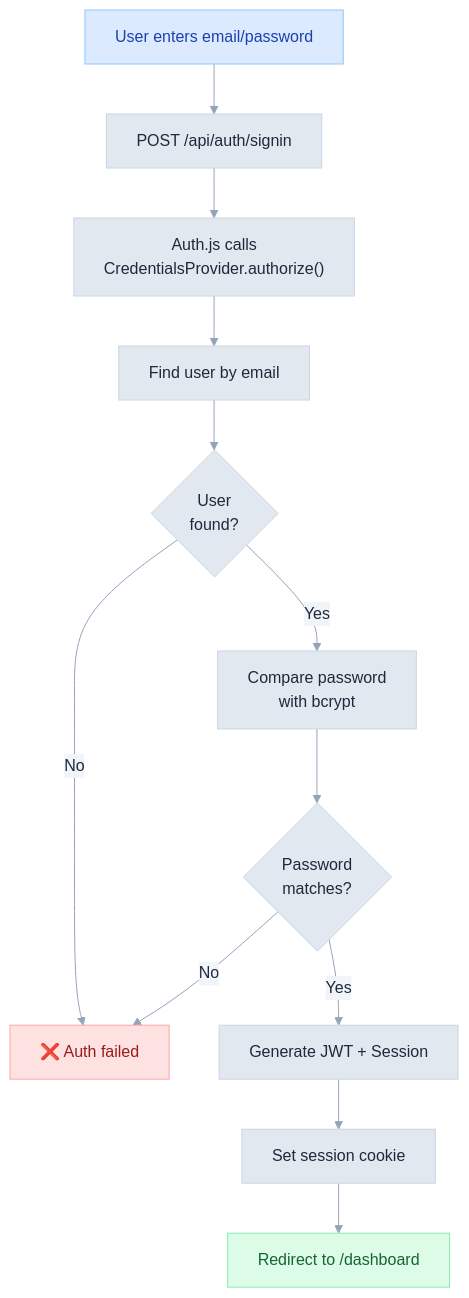
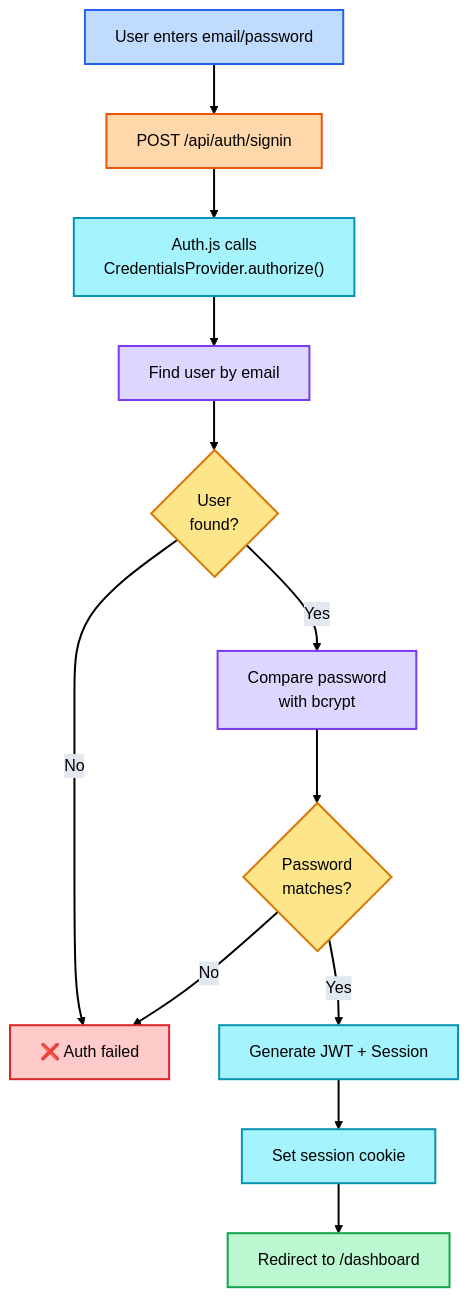
One commit to 3DHDSoft/devmultiplier-academy changed the fourth of 5 diagrams in doc/authentication-guide.md. Above: the diagram before and after it, drawn with Mermaid. The commit also changed other lines of this file and 17 other files, not shown here.

````diff
--- a/doc/authentication-guide.md
+++ b/doc/authentication-guide.md
@@ -227,28 +262,40 @@
 ```mermaid
 %%{init: {'theme': 'base', 'themeVariables': {
-  'primaryColor': '#e2e8f0',
-  'primaryTextColor': '#1e293b',
-  'primaryBorderColor': '#cbd5e1',
-  'lineColor': '#94a3b8',
-  'secondaryColor': '#f1f5f9',
-  'tertiaryColor': '#f8fafc',
+  'primaryColor': '#bfdbfe',
+  'primaryTextColor': '#000000',
+  'primaryBorderColor': '#3b82f6',
+  'lineColor': '#000000',
+  'secondaryColor': '#ddd6fe',
+  'tertiaryColor': '#a5f3fc',
   'background': '#ffffff',
-  'textColor': '#334155',
+  'textColor': '#000000',
+  'edgeLabelBackground': '#e2e8f0',
   'fontFamily': 'system-ui, -apple-system, sans-serif'
-}}}%%flowchart TD
+}}}%%
+flowchart TD
     A["User enters email/password"] --> B["POST /api/auth/signin"]
     B --> C["Auth.js calls<br/>CredentialsProvider.authorize()"]
     C --> D["Find user by email"]
     D --> E{"User<br/>found?"}
     E -->|No| F["❌ Auth failed"]
     E -->|Yes| G["Compare password<br/>with bcrypt"]
     G --> H{"Password<br/>matches?"}
     H -->|No| F
     H -->|Yes| I["Generate JWT + Session"]
     I --> J["Set session cookie"]
     J --> K["Redirect to /dashboard"]
 
-    style A fill:#dbeafe,stroke:#93c5fd,color:#1e40af
-    style K fill:#dcfce7,stroke:#86efac,color:#166534
-    style F fill:#fee2e2,stroke:#fca5a5,color:#991b1b
+    style A fill:#bfdbfe,stroke:#2563eb,color:#000000,stroke-width:2px
+    style B fill:#fed7aa,stroke:#ea580c,color:#000000,stroke-width:2px
+    style C fill:#a5f3fc,stroke:#0891b2,color:#000000,stroke-width:2px
+    style D fill:#ddd6fe,stroke:#7c3aed,color:#000000,stroke-width:2px
+    style E fill:#fde68a,stroke:#d97706,color:#000000,stroke-width:2px
+    style F fill:#fecaca,stroke:#dc2626,color:#000000,stroke-width:2px
+    style G fill:#ddd6fe,stroke:#7c3aed,color:#000000,stroke-width:2px
+    style H fill:#fde68a,stroke:#d97706,color:#000000,stroke-width:2px
+    style I fill:#a5f3fc,stroke:#0891b2,color:#000000,stroke-width:2px
+    style J fill:#a5f3fc,stroke:#0891b2,color:#000000,stroke-width:2px
+    style K fill:#bbf7d0,stroke:#16a34a,color:#000000,stroke-width:2px
+
+    linkStyle default stroke:#000000,stroke-width:2px
 ```
````
